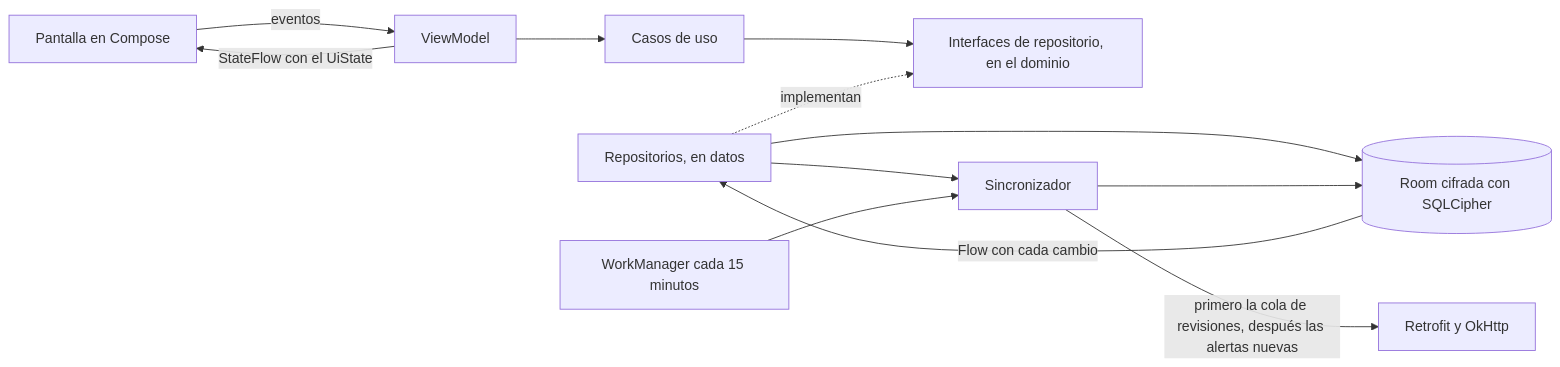
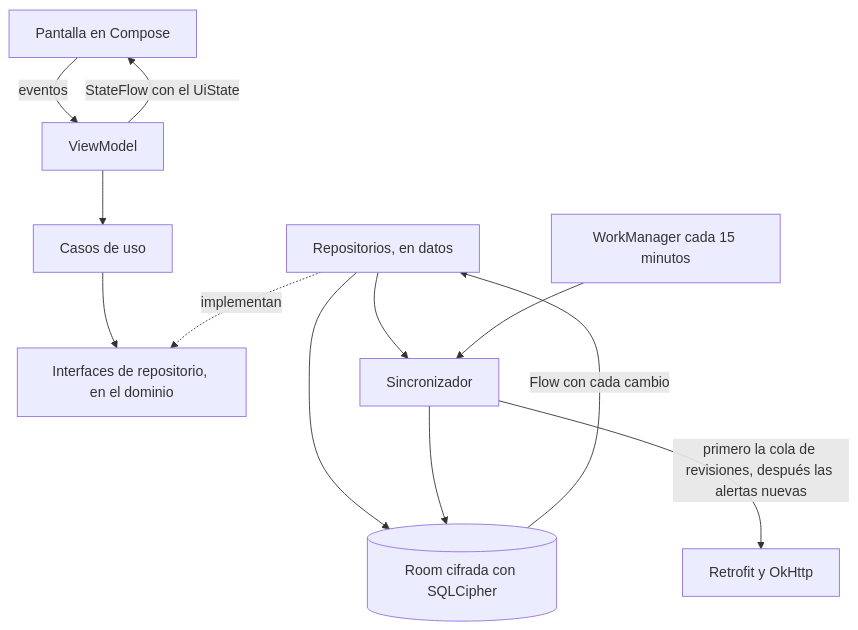
One commit to Taiel1998/zonda-app changed the first of 2 diagrams in README.md. Above: the diagram before and after it, drawn with Mermaid. The commit also changed other lines of this file, not shown here.

Commit message:
docs: los diagramas del README van de arriba hacia abajo
En GitHub, los diagramas horizontales quedaban chicos y no se leían.

````diff
--- a/README.md
+++ b/README.md
@@ -81,14 +81,14 @@
 ```mermaid
-flowchart LR
+flowchart TB
     pantalla["Pantalla en Compose"] -->|eventos| vm["ViewModel"]
     vm -->|StateFlow con el UiState| pantalla
     vm --> cu["Casos de uso"]
     cu --> interfaz["Interfaces de repositorio, en el dominio"]
     repo["Repositorios, en datos"] -.->|implementan| interfaz
     repo --> room[("Room cifrada con SQLCipher")]
     room -->|Flow con cada cambio| repo
     repo --> sync["Sincronizador"]
     worker["WorkManager cada 15 minutos"] --> sync
     sync -->|primero la cola de revisiones, después las alertas nuevas| api["Retrofit y OkHttp"]
     sync --> room
 ```
````
